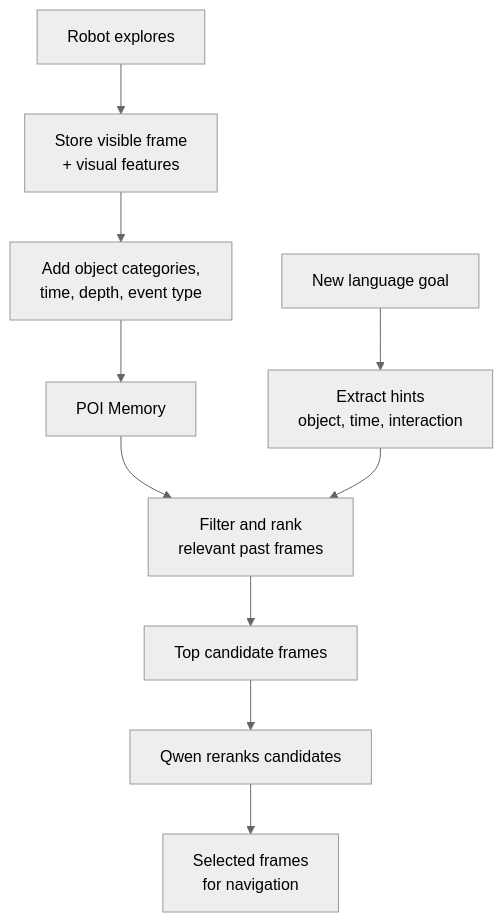
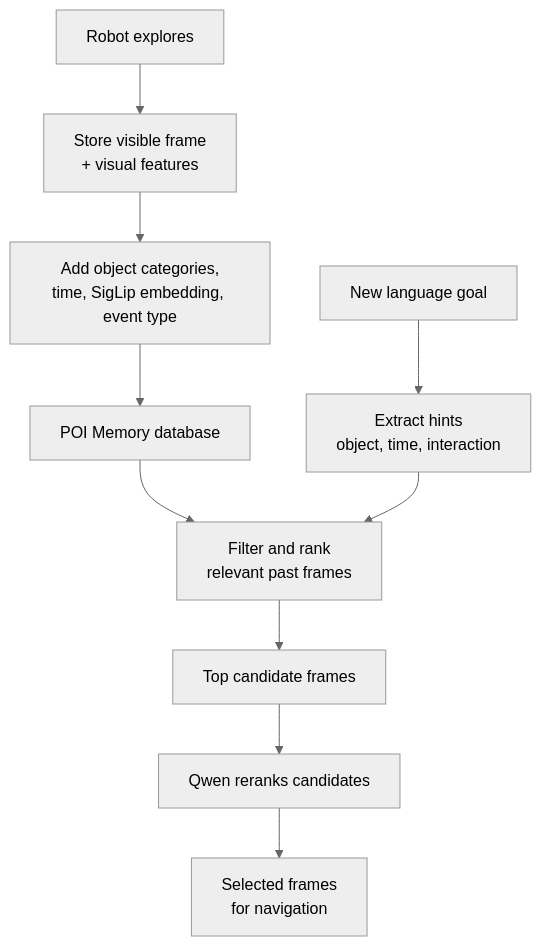
The diagram in content/blog/poi-robot-memory.md (husain-zaidi/husain-zaidi.github.io), drawn with Mermaid (neutral theme) before and after one commit. The commit also changed other lines of this file, not shown here.

Commit message:
updating poi blog

````diff
--- a/content/blog/poi-robot-memory.md
+++ b/content/blog/poi-robot-memory.md
@@ -20,13 +20,13 @@
 ```mermaid 
 flowchart TB
       A[Robot explores] --> B[Store visible frame<br/>+ visual features]
-      B --> C[Add object categories,<br/>time, depth, event type]
-      C --> D[POI Memory]
+      B --> C[Add object categories,<br/>time, SigLip embedding, event type]
+      C --> D[POI Memory database]
 
       E[New language goal] --> F[Extract hints<br/>object, time, interaction]
       D --> G[Filter and rank<br/>relevant past frames]
       F --> G
       G --> H[Top candidate frames]
       H --> I[Qwen reranks candidates]
       I --> J[Selected frames<br/>for navigation]
 ```
````
